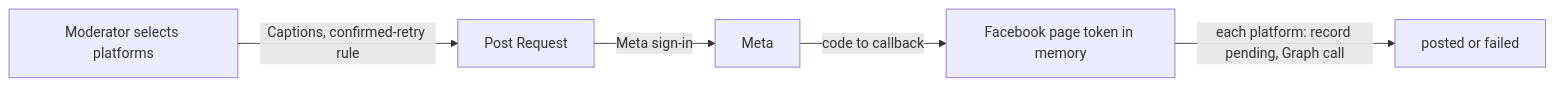
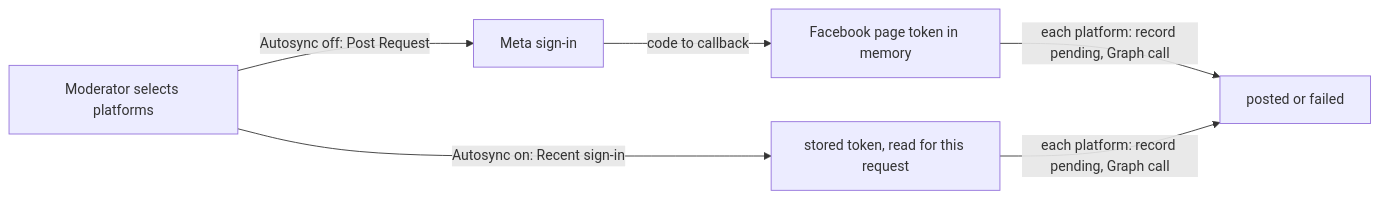
One commit to filip-be/folk-ms changed the diagram in docs/social-posting/README.md. Above: the diagram before and after it, drawn with Mermaid. The commit also changed other lines of this file and 23 other files, not shown here.

````diff
--- a/docs/social-posting/README.md
+++ b/docs/social-posting/README.md
@@ -21,7 +35,8 @@
 ```mermaid
 flowchart LR
-  A[Moderator selects platforms] -->|Captions, confirmed-retry rule| R[Post Request]
-  R -->|Meta sign-in| M[Meta]
+  A[Moderator selects platforms] -->|Autosync off: Post Request| M[Meta sign-in]
   M -->|code to callback| T[Facebook page token in memory]
+  A -->|Autosync on: Recent sign-in| K[stored token, read for this request]
   T -->|each platform: record pending, Graph call| O[posted or failed]
+  K -->|each platform: record pending, Graph call| O
 ```
````
